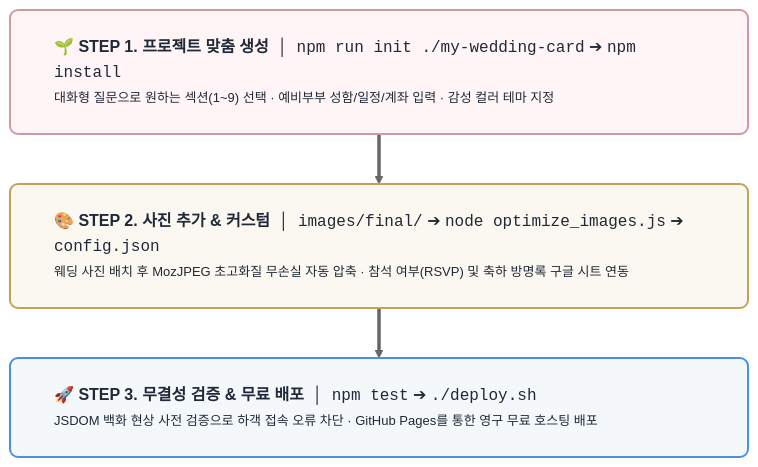
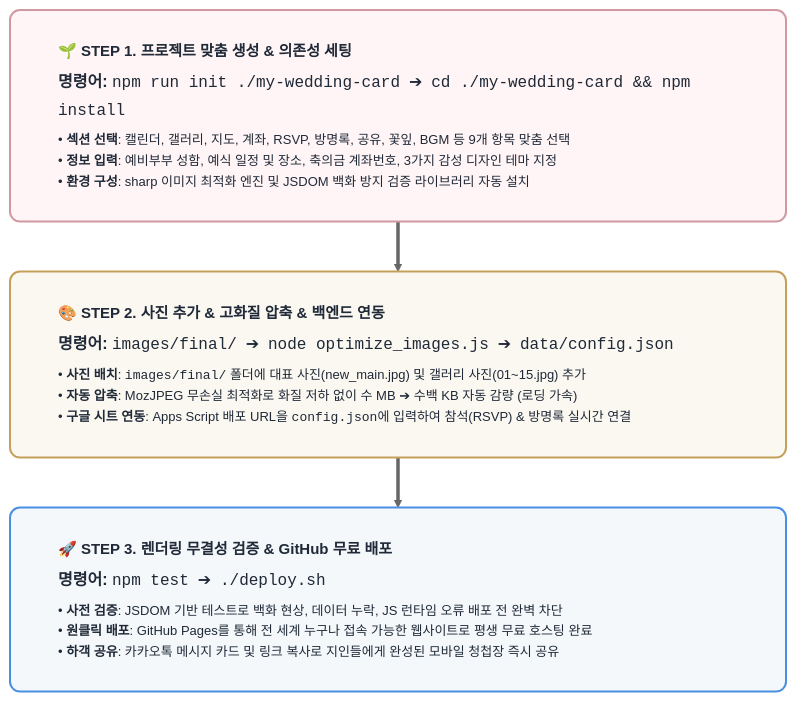
One commit to unoShin/wedding-card changed the diagram in .agents/skills/mobile-wedding-card/README.md. Above: the diagram before and after it, drawn with Mermaid (neutral theme). The commit also changed other lines of this file, not shown here.

Commit message:
Auto-deploy verification passed: 2026-08-28 17:46:36

````diff
--- a/.agents/skills/mobile-wedding-card/README.md
+++ b/.agents/skills/mobile-wedding-card/README.md
@@ -116,19 +116,19 @@
 ```mermaid
 flowchart TD
-    Step1["<div style='min-width: 650px; padding: 10px 14px; text-align: left;'><b>🌱 STEP 1. 프로젝트 맞춤 생성</b> &nbsp;│&nbsp; <code>npm run init ./my-wedding-card</code> ➔ <code>npm install</code><br/><span style='font-size: 13px; color: #555;'>대화형 질문으로 원하는 섹션(1~9) 선택 · 예비부부 성함/일정/계좌 입력 · 감성 컬러 테마 지정</span></div>"]
+    Step1["<div style='min-width: 680px; padding: 14px 18px; text-align: left; line-height: 1.6;'><div style='font-size: 15px; font-weight: bold; margin-bottom: 6px; color: #1a1a1a;'>🌱 STEP 1. 프로젝트 맞춤 생성 & 의존성 세팅</div><div style='margin-bottom: 6px;'><b>명령어:</b> <code>npm run init ./my-wedding-card</code> &nbsp;➔&nbsp; <code>cd ./my-wedding-card && npm install</code></div><div style='font-size: 13px; color: #4b5563;'>• <b>섹션 선택</b>: 캘린더, 갤러리, 지도, 계좌, RSVP, 방명록, 공유, 꽃잎, BGM 등 9개 항목 맞춤 선택<br/>• <b>정보 입력</b>: 예비부부 성함, 예식 일정 및 장소, 축의금 계좌번호, 3가지 감성 디자인 테마 지정<br/>• <b>환경 구성</b>: sharp 이미지 최적화 엔진 및 JSDOM 백화 방지 검증 라이브러리 자동 설치</div></div>"]
     
-    Step2["<div style='min-width: 650px; padding: 10px 14px; text-align: left;'><b>🎨 STEP 2. 사진 추가 & 커스텀</b> &nbsp;│&nbsp; <code>images/final/</code> ➔ <code>node optimize_images.js</code> ➔ <code>config.json</code><br/><span style='font-size: 13px; color: #555;'>웨딩 사진 배치 후 MozJPEG 초고화질 무손실 자동 압축 · 참석 여부(RSVP) 및 축하 방명록 구글 시트 연동</span></div>"]
+    Step2["<div style='min-width: 680px; padding: 14px 18px; text-align: left; line-height: 1.6;'><div style='font-size: 15px; font-weight: bold; margin-bottom: 6px; color: #1a1a1a;'>🎨 STEP 2. 사진 추가 & 고화질 압축 & 백엔드 연동</div><div style='margin-bottom: 6px;'><b>명령어:</b> <code>images/final/</code> &nbsp;➔&nbsp; <code>node optimize_images.js</code> &nbsp;➔&nbsp; <code>data/config.json</code></div><div style='font-size: 13px; color: #4b5563;'>• <b>사진 배치</b>: <code>images/final/</code> 폴더에 대표 사진(new_main.jpg) 및 갤러리 사진(01~15.jpg) 추가<br/>• <b>자동 압축</b>: MozJPEG 무손실 최적화로 화질 저하 없이 수 MB ➔ 수백 KB 자동 감량 (로딩 가속)<br/>• <b>구글 시트 연동</b>: Apps Script 배포 URL을 <code>config.json</code>에 입력하여 참석(RSVP) & 방명록 실시간 연결</div></div>"]
     
-    Step3["<div style='min-width: 650px; padding: 10px 14px; text-align: left;'><b>🚀 STEP 3. 무결성 검증 & 무료 배포</b> &nbsp;│&nbsp; <code>npm test</code> ➔ <code>./deploy.sh</code><br/><span style='font-size: 13px; color: #555;'>JSDOM 백화 현상 사전 검증으로 하객 접속 오류 차단 · GitHub Pages를 통한 영구 무료 호스팅 배포</span></div>"]
+    Step3["<div style='min-width: 680px; padding: 14px 18px; text-align: left; line-height: 1.6;'><div style='font-size: 15px; font-weight: bold; margin-bottom: 6px; color: #1a1a1a;'>🚀 STEP 3. 렌더링 무결성 검증 & GitHub 무료 배포</div><div style='margin-bottom: 6px;'><b>명령어:</b> <code>npm test</code> &nbsp;➔&nbsp; <code>./deploy.sh</code></div><div style='font-size: 13px; color: #4b5563;'>• <b>사전 검증</b>: JSDOM 기반 테스트로 백화 현상, 데이터 누락, JS 런타임 오류 배포 전 완벽 차단<br/>• <b>원클릭 배포</b>: GitHub Pages를 통해 전 세계 누구나 접속 가능한 웹사이트로 평생 무료 호스팅 완료<br/>• <b>하객 공유</b>: 카카오톡 메시지 카드 및 링크 복사로 지인들에게 완성된 모바일 청첩장 즉시 공유</div></div>"]
 
     Step1 ==> Step2 ==> Step3
 
     %% Custom High-Craft Wide Box Styling
-    classDef stepPink fill:#fff5f6,stroke:#d099a1,stroke-width:2px,color:#1f2937,rx:8px,ry:8px;
-    classDef stepGold fill:#fbf8f2,stroke:#c5a059,stroke-width:2px,color:#1f2937,rx:8px,ry:8px;
-    classDef stepBlue fill:#f4f8fb,stroke:#4a90e2,stroke-width:2px,color:#1f2937,rx:8px,ry:8px;
+    classDef stepPink fill:#fff5f6,stroke:#d099a1,stroke-width:2px,color:#1f2937,rx:10px,ry:10px;
+    classDef stepGold fill:#fbf8f2,stroke:#c5a059,stroke-width:2px,color:#1f2937,rx:10px,ry:10px;
+    classDef stepBlue fill:#f4f8fb,stroke:#4a90e2,stroke-width:2px,color:#1f2937,rx:10px,ry:10px;
 
     class Step1 stepPink;
     class Step2 stepGold;
     class Step3 stepBlue;
 ```
````
